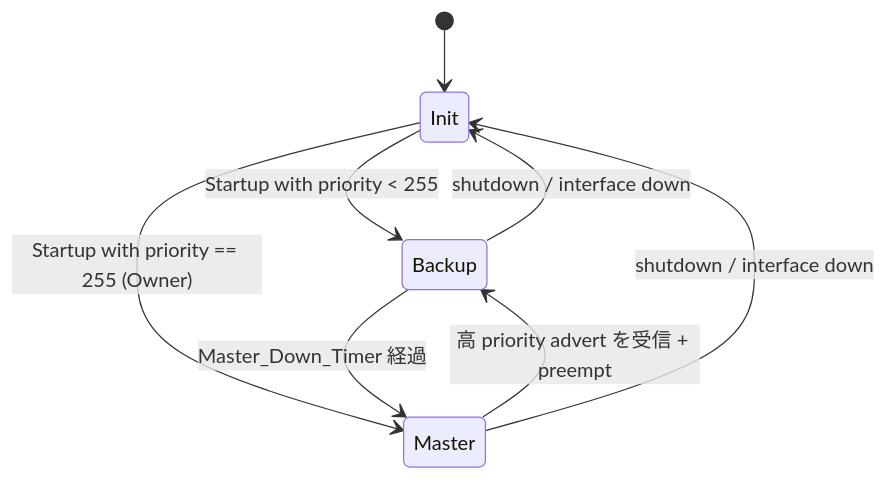
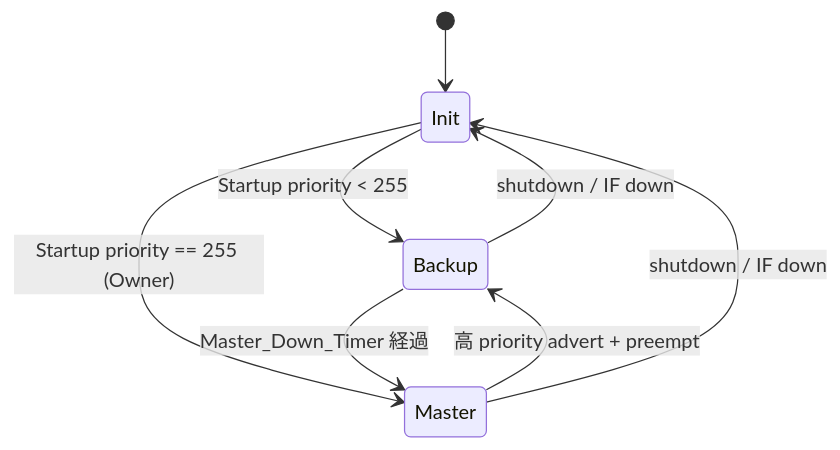
One commit to aoki-taquan/sonic-unofficial-docs changed the first of 2 diagrams in docs/routing/virtual-router-redundancy-protocol-adaptation-hld.md. Above: the diagram before and after it, drawn with Mermaid. The commit also changed other lines of this file and 5 other files, not shown here.

````diff
--- a/docs/routing/virtual-router-redundancy-protocol-adaptation-hld.md
+++ b/docs/routing/virtual-router-redundancy-protocol-adaptation-hld.md
@@ -73,10 +67,10 @@
 ```mermaid
 stateDiagram-v2
   [*] --> Init
-  Init --> Backup: Startup with priority < 255
-  Init --> Master: Startup with priority == 255 (Owner)
+  Init --> Backup: Startup priority < 255
+  Init --> Master: Startup priority == 255 (Owner)
   Backup --> Master: Master_Down_Timer 経過
-  Master --> Backup: 高 priority advert を受信 + preempt
-  Master --> Init: shutdown / interface down
-  Backup --> Init: shutdown / interface down
+  Master --> Backup: 高 priority advert + preempt
+  Master --> Init: shutdown / IF down
+  Backup --> Init: shutdown / IF down
 ```
````
